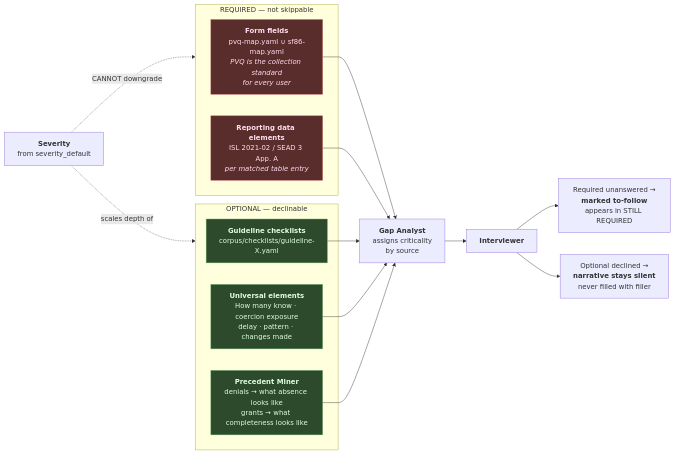
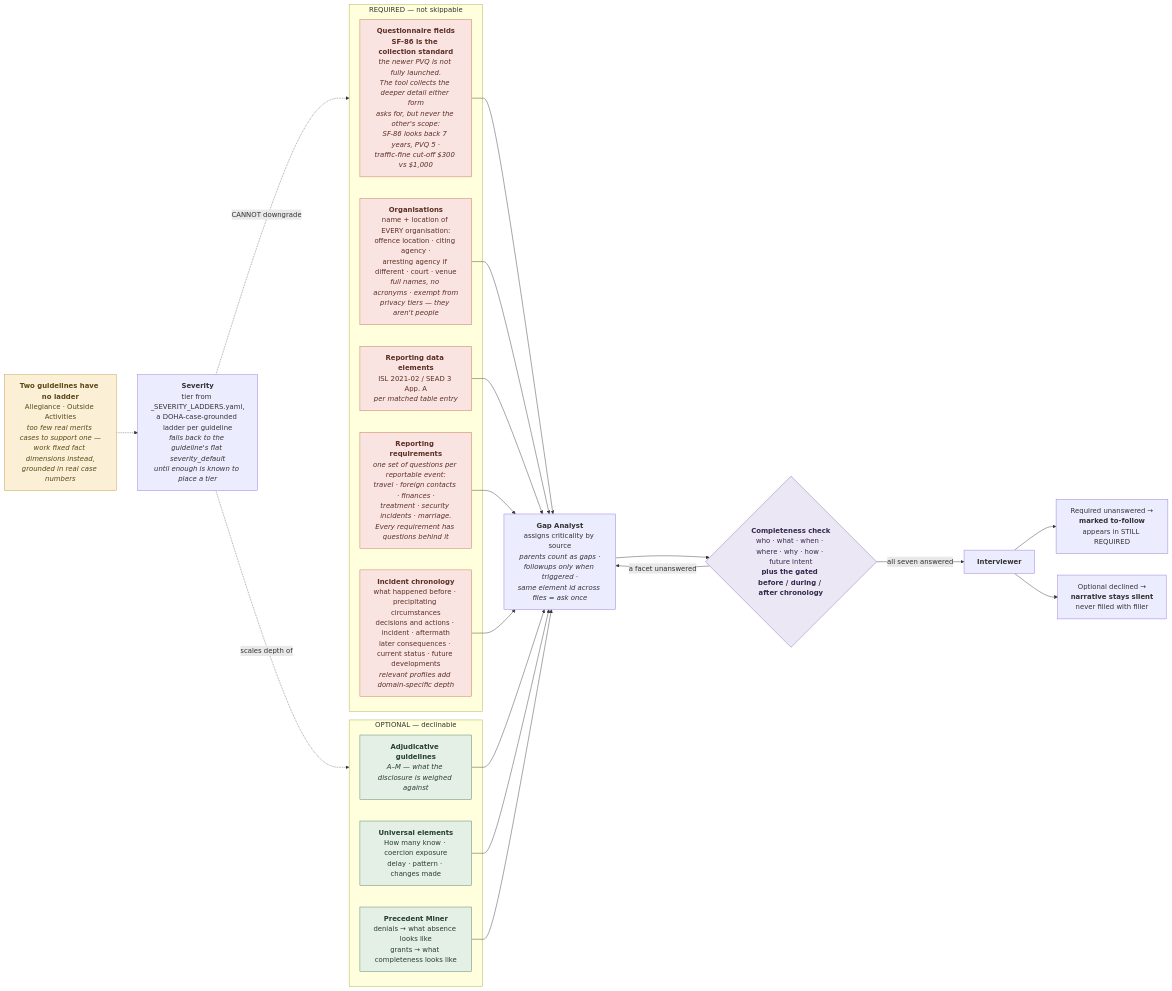
The sixth of 9 diagrams in PROCESS.md (adamsdarin/adverse-information-assistant), drawn with Mermaid before and after one commit. The commit also changed other lines of this file and 128 other files, not shown here.

First line of the commit message:
Checkpoint: 15 days of uncommitted work before restructure

````diff
--- a/PROCESS.md
+++ b/PROCESS.md
@@ -196,32 +301,45 @@
 ```mermaid
 flowchart LR
     subgraph REQUIRED["REQUIRED — not skippable"]
-        FF["<b>Form fields</b><br/>pvq-map.yaml ∪ sf86-map.yaml<br/><i>PVQ is the collection standard<br/>for every user</i>"]
+        FF["<b>Questionnaire fields</b><br/><b>SF-86 is the collection standard</b><br/><i>the newer PVQ is not fully launched.<br/>The tool collects the deeper detail either form<br/>asks for, but never the other's scope:<br/>SF-86 looks back 7 years, PVQ 5 ·<br/>traffic-fine cut-off $300 vs $1,000</i>"]
+        EC["<b>Organisations</b><br/>name + location of EVERY organisation:<br/>offence location · citing agency ·<br/>arresting agency if different · court · venue<br/><i>full names, no acronyms · exempt from<br/>privacy tiers — they aren't people</i>"]
         RD["<b>Reporting data elements</b><br/>ISL 2021-02 / SEAD 3 App. A<br/><i>per matched table entry</i>"]
+        EV["<b>Reporting requirements</b><br/><i>one set of questions per reportable event:<br/>travel · foreign contacts · finances ·<br/>treatment · security incidents · marriage.<br/>Every requirement has questions behind it</i>"]
+        IC["<b>Incident chronology</b><br/>what happened before · precipitating circumstances<br/>decisions and actions · incident · aftermath<br/>later consequences · current status · future developments<br/><i>relevant profiles add domain-specific depth</i>"]
     end
 
     subgraph OPTIONAL["OPTIONAL — declinable"]
-        CL["<b>Guideline checklists</b><br/>corpus/checklists/guideline-X.yaml"]
+        CL["<b>Adjudicative guidelines</b><br/><i>A–M — what the disclosure is weighed against</i>"]
         UN["<b>Universal elements</b><br/>How many know · coercion exposure<br/>delay · pattern · changes made"]
         PM["<b>Precedent Miner</b><br/>denials → what absence looks like<br/>grants → what completeness looks like"]
     end
 
-    FF --> GA["<b>Gap Analyst</b><br/>assigns criticality<br/>by source"]
+    FF --> GA["<b>Gap Analyst</b><br/>assigns criticality by source<br/><i>parents count as gaps ·<br/>followups only when triggered ·<br/>same element id across files = ask once</i>"]
+    EC --> GA
     RD --> GA
+    EV --> GA
+    IC --> GA
     CL --> GA
     UN --> GA
     PM --> GA
 
-    GA --> INT["<b>Interviewer</b>"]
+    GA --> COV{"<b>Completeness check</b><br/>who · what · when · where · why · how · future intent<br/><b>plus the gated before / during / after chronology</b>"}
+    COV -->|"a facet unanswered"| GA
+    COV -->|"all seven answered"| INT["<b>Interviewer</b>"]
 
     INT --> R1["Required unanswered →<br/><b>marked to-follow</b><br/>appears in STILL REQUIRED"]
     INT --> R2["Optional declined →<br/><b>narrative stays silent</b><br/>never filled with filler"]
 
-    SEV["<b>Severity</b><br/>from severity_default"] -.->|"scales depth of"| OPTIONAL
+    SEV["<b>Severity</b><br/>tier from _SEVERITY_LADDERS.yaml,<br/>a DOHA-case-grounded ladder per guideline<br/><i>falls back to the guideline's flat severity_default<br/>until enough is known to place a tier</i>"] -.->|"scales depth of"| OPTIONAL
     SEV -.->|"CANNOT downgrade"| REQUIRED
+    THIN["<b>Two guidelines have no ladder</b><br/>Allegiance · Outside Activities<br/><i>too few real merits cases to support one —<br/>work fixed fact dimensions instead,<br/>grounded in real case numbers</i>"] -.-> SEV
 
-    classDef req fill:#5a2d2d,stroke:#c66,color:#fde
-    classDef opt fill:#2d4a2d,stroke:#6a6,color:#dfd
-    class FF,RD req
+    classDef req fill:#F9E4E2,stroke:#C2703F,color:#5C2F24
+    classDef opt fill:#E4EFE6,stroke:#4E7A5E,color:#25402F
+    classDef gate fill:#ECE7F5,stroke:#7A6BA8,color:#332A4D
+    classDef thin fill:#FBF0D5,stroke:#C09A3E,color:#5A4718
+    class FF,RD,EC,EV,IC req
     class CL,UN,PM opt
+    class COV gate
+    class THIN thin
 ```
````
